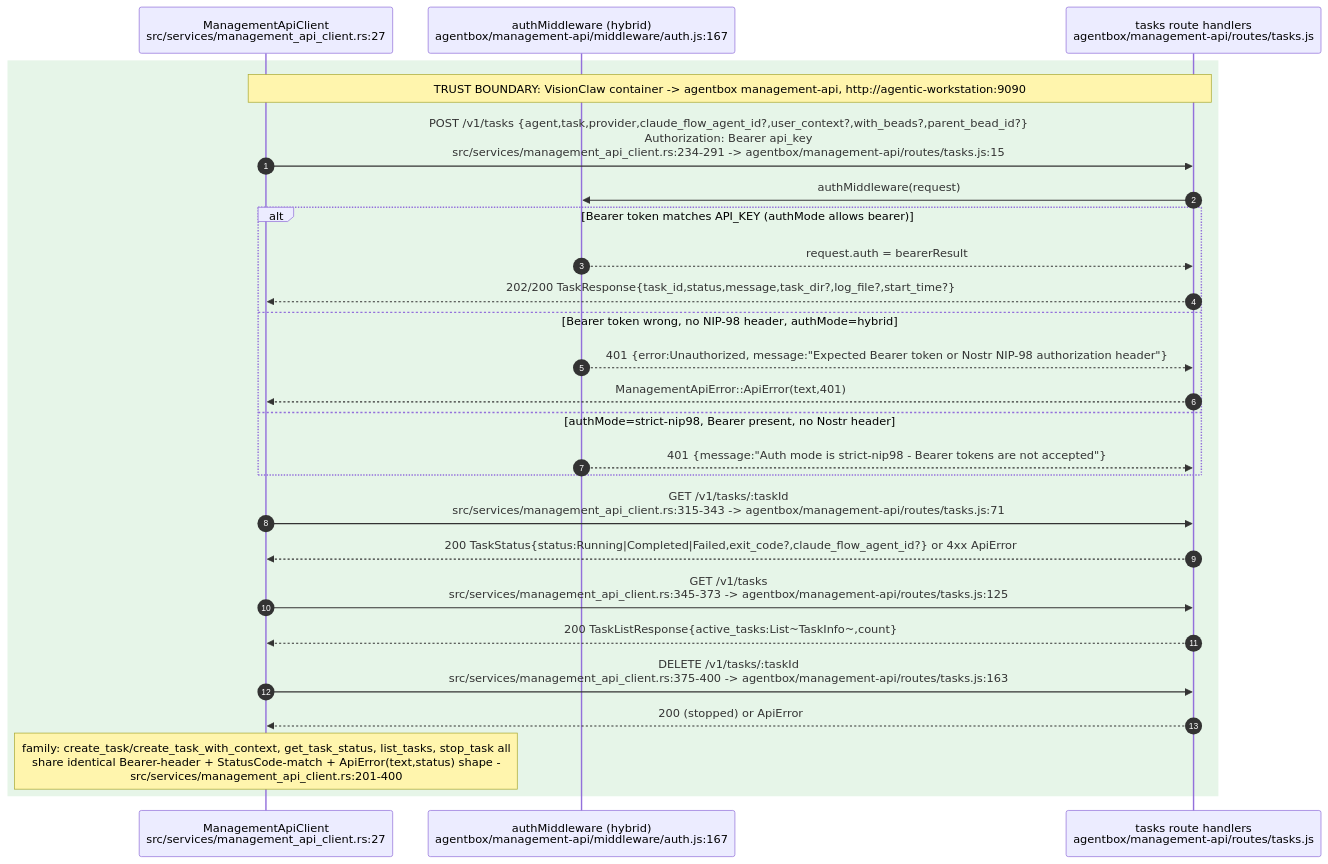
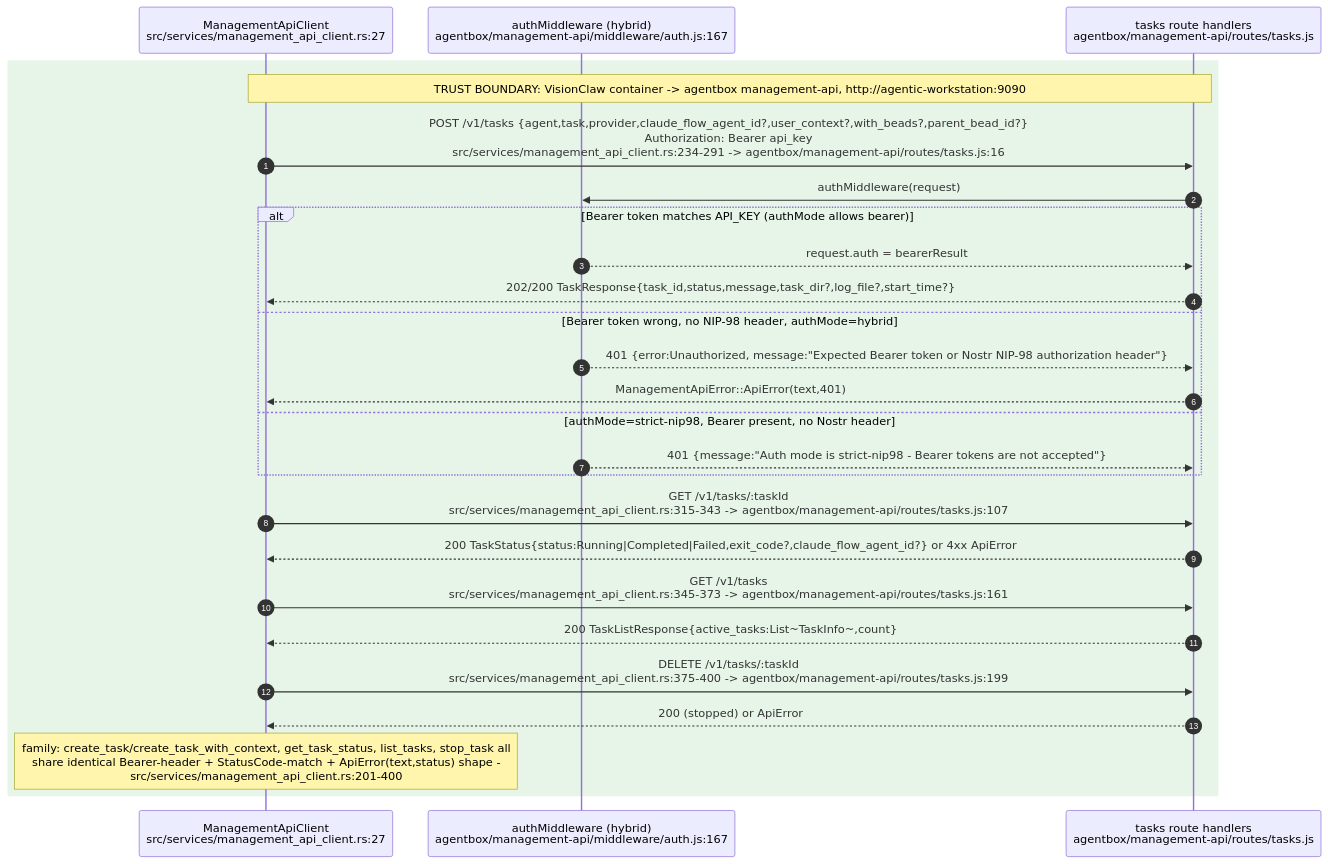
The tenth of 12 diagrams in docs/diagrams/estate/02-agent-events-agentbox-to-visionclaw.md (DreamLab-AI/VisionFlow), drawn with Mermaid before and after one commit. The commit also changed other lines of this file and 94 other files, not shown here.

First line of the commit message:
docs(diagrams): re-verify 130 topics against 2 October HEADs

````diff
--- a/docs/diagrams/estate/02-agent-events-agentbox-to-visionclaw.md
+++ b/docs/diagrams/estate/02-agent-events-agentbox-to-visionclaw.md
@@ -435,29 +435,29 @@
 ```mermaid
 sequenceDiagram
     autonumber
     participant VC as ManagementApiClient<br/>src/services/management_api_client.rs:27
     participant AUTH as authMiddleware (hybrid)<br/>agentbox/management-api/middleware/auth.js:167
     participant TASKS as tasks route handlers<br/>agentbox/management-api/routes/tasks.js
 
     rect rgb(230,245,232)
     Note over VC,TASKS: TRUST BOUNDARY: VisionClaw container -> agentbox management-api, http://agentic-workstation:9090
-    VC->>TASKS: POST /v1/tasks {agent,task,provider,claude_flow_agent_id?,user_context?,with_beads?,parent_bead_id?}<br/>Authorization: Bearer api_key<br/>src/services/management_api_client.rs:234-291 -> agentbox/management-api/routes/tasks.js:15
+    VC->>TASKS: POST /v1/tasks {agent,task,provider,claude_flow_agent_id?,user_context?,with_beads?,parent_bead_id?}<br/>Authorization: Bearer api_key<br/>src/services/management_api_client.rs:234-291 -> agentbox/management-api/routes/tasks.js:16
     TASKS->>AUTH: authMiddleware(request)
     alt Bearer token matches API_KEY (authMode allows bearer)
         AUTH-->>TASKS: request.auth = bearerResult
         TASKS-->>VC: 202/200 TaskResponse{task_id,status,message,task_dir?,log_file?,start_time?}
     else Bearer token wrong, no NIP-98 header, authMode=hybrid
         AUTH-->>TASKS: 401 {error:Unauthorized, message:"Expected Bearer token or Nostr NIP-98 authorization header"}
         TASKS-->>VC: ManagementApiError::ApiError(text,401)
     else authMode=strict-nip98, Bearer present, no Nostr header
         AUTH-->>TASKS: 401 {message:"Auth mode is strict-nip98 - Bearer tokens are not accepted"}
     end
-    VC->>TASKS: GET /v1/tasks/:taskId<br/>src/services/management_api_client.rs:315-343 -> agentbox/management-api/routes/tasks.js:71
+    VC->>TASKS: GET /v1/tasks/:taskId<br/>src/services/management_api_client.rs:315-343 -> agentbox/management-api/routes/tasks.js:107
     TASKS-->>VC: 200 TaskStatus{status:Running|Completed|Failed,exit_code?,claude_flow_agent_id?} or 4xx ApiError
-    VC->>TASKS: GET /v1/tasks<br/>src/services/management_api_client.rs:345-373 -> agentbox/management-api/routes/tasks.js:125
+    VC->>TASKS: GET /v1/tasks<br/>src/services/management_api_client.rs:345-373 -> agentbox/management-api/routes/tasks.js:161
     TASKS-->>VC: 200 TaskListResponse{active_tasks:List~TaskInfo~,count}
-    VC->>TASKS: DELETE /v1/tasks/:taskId<br/>src/services/management_api_client.rs:375-400 -> agentbox/management-api/routes/tasks.js:163
+    VC->>TASKS: DELETE /v1/tasks/:taskId<br/>src/services/management_api_client.rs:375-400 -> agentbox/management-api/routes/tasks.js:199
     TASKS-->>VC: 200 (stopped) or ApiError
     Note over VC: family: create_task/create_task_with_context, get_task_status, list_tasks, stop_task all<br/>share identical Bearer-header + StatusCode-match + ApiError(text,status) shape -<br/>src/services/management_api_client.rs:201-400
     end
 ```
````
